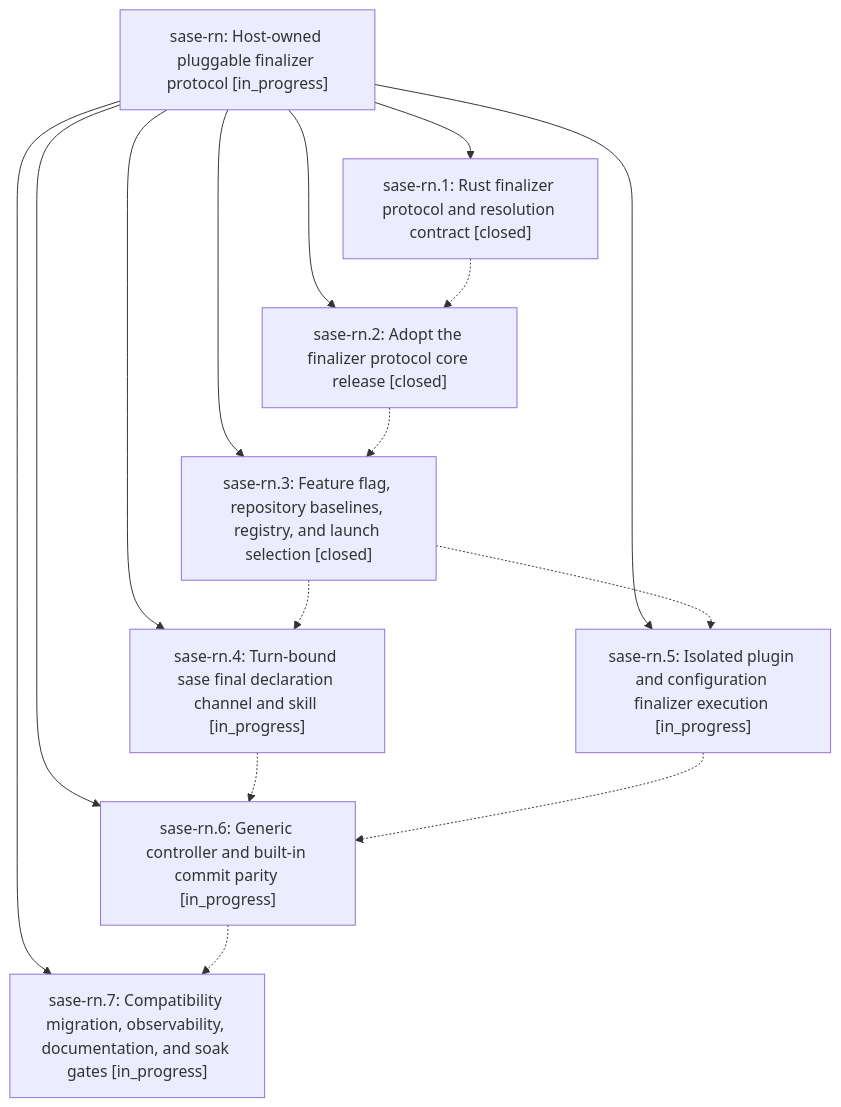
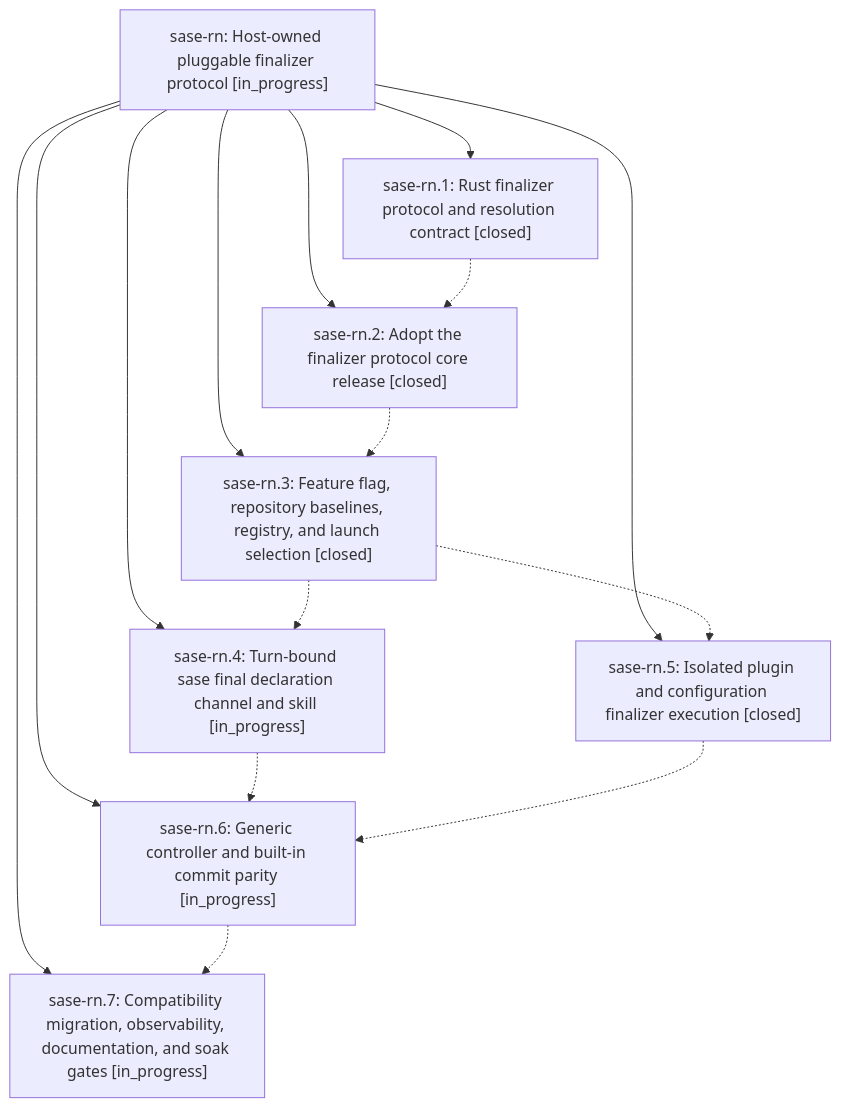
One commit to sase-org/sase--beads changed the diagram in pages/sase-rn/README.md. Above: the diagram before and after it, drawn with Mermaid. The commit also changed other lines of this file and 4 other files, not shown here.

````diff
--- a/pages/sase-rn/README.md
+++ b/pages/sase-rn/README.md
@@ -28,25 +28,25 @@
 ```mermaid
 flowchart TD
     n0["sase-rn: Host-owned pluggable finalizer protocol [in_progress]"]
     n1["sase-rn.1: Rust finalizer protocol and resolution contract [closed]"]
     n2["sase-rn.2: Adopt the finalizer protocol core release [closed]"]
     n3["sase-rn.3: Feature flag, repository baselines, registry, and launch selection [closed]"]
     n4["sase-rn.4: Turn-bound sase final declaration channel and skill [in_progress]"]
-    n5["sase-rn.5: Isolated plugin and configuration finalizer execution [in_progress]"]
+    n5["sase-rn.5: Isolated plugin and configuration finalizer execution [closed]"]
     n6["sase-rn.6: Generic controller and built-in commit parity [in_progress]"]
     n7["sase-rn.7: Compatibility migration, observability, documentation, and soak gates [in_progress]"]
     n0 --> n1
     n0 --> n2
     n0 --> n3
     n0 --> n4
     n0 --> n5
     n0 --> n6
     n0 --> n7
     n1 -.-> n2
     n2 -.-> n3
     n3 -.-> n4
     n3 -.-> n5
     n4 -.-> n6
     n5 -.-> n6
     n6 -.-> n7
 ```
````
